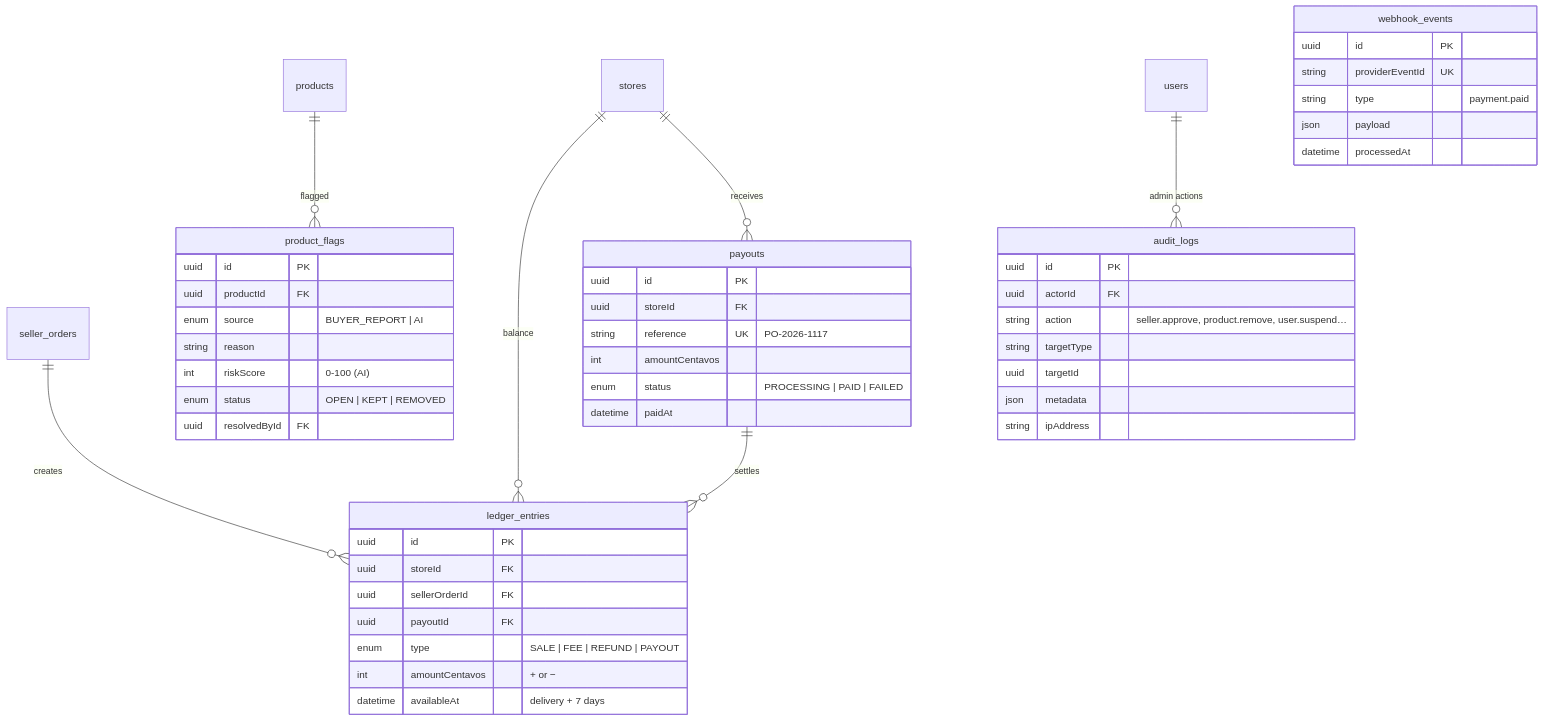
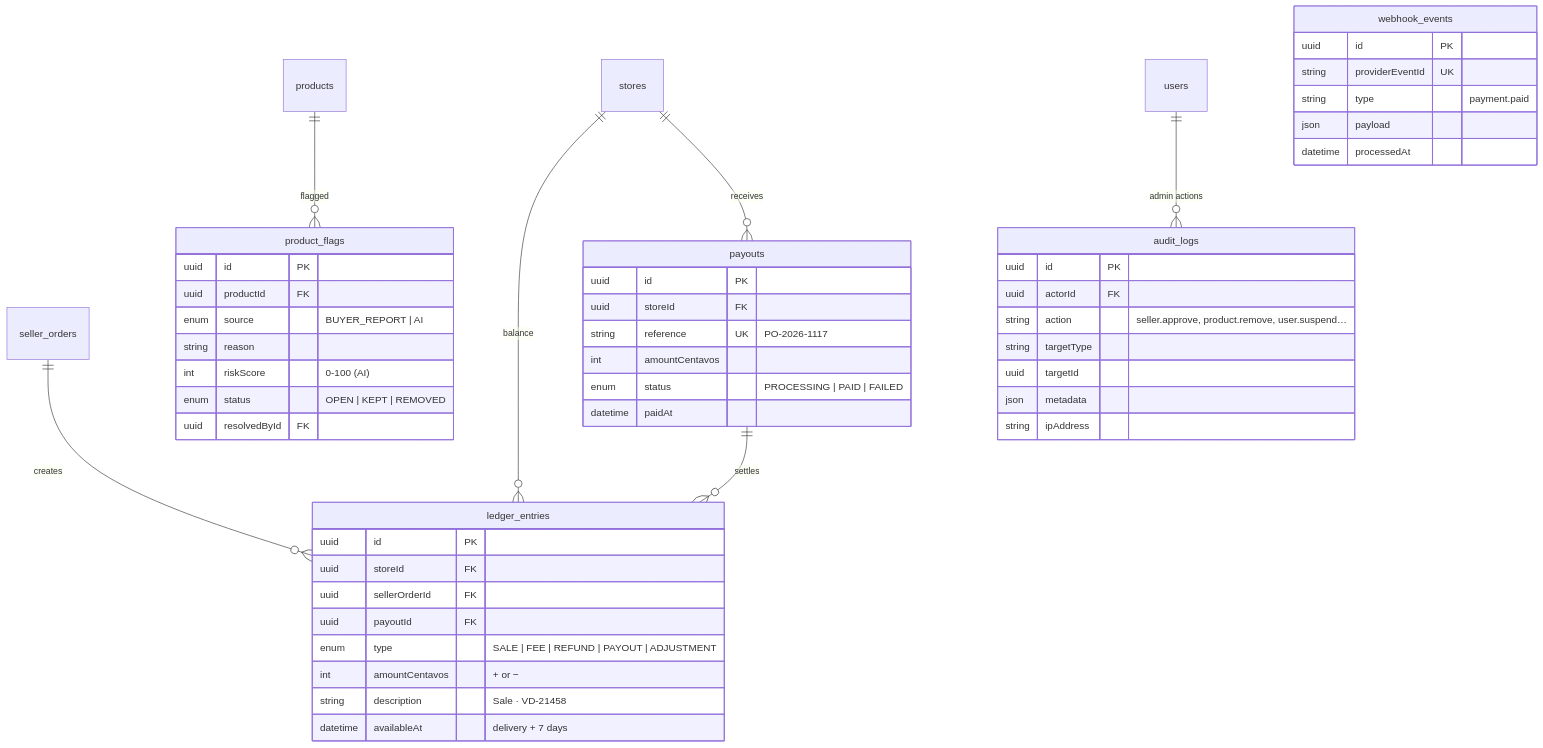
The fifth of 5 diagrams in backend/docs/database-design.md (Justin-25/E-commerce-FullStack-project), drawn with Mermaid before and after one commit. The commit also changed other lines of this file and 30 other files, not shown here.

````diff
--- a/backend/docs/database-design.md
+++ b/backend/docs/database-design.md
@@ -375,51 +379,52 @@
 ```mermaid
 erDiagram
   stores ||--o{ ledger_entries : "balance"
   seller_orders ||--o{ ledger_entries : "creates"
   stores ||--o{ payouts : "receives"
   payouts ||--o{ ledger_entries : "settles"
   products ||--o{ product_flags : "flagged"
   users ||--o{ audit_logs : "admin actions"
   ledger_entries {
     uuid id PK
     uuid storeId FK
     uuid sellerOrderId FK
     uuid payoutId FK
-    enum type "SALE | FEE | REFUND | PAYOUT"
+    enum type "SALE | FEE | REFUND | PAYOUT | ADJUSTMENT"
     int amountCentavos "+ or −"
+    string description "Sale · VD-21458"
     datetime availableAt "delivery + 7 days"
   }
   payouts {
     uuid id PK
     uuid storeId FK
     string reference UK "PO-2026-1117"
     int amountCentavos
     enum status "PROCESSING | PAID | FAILED"
     datetime paidAt
   }
   webhook_events {
     uuid id PK
     string providerEventId UK
     string type "payment.paid"
     json payload
     datetime processedAt
   }
   product_flags {
     uuid id PK
     uuid productId FK
     enum source "BUYER_REPORT | AI"
     string reason
     int riskScore "0-100 (AI)"
     enum status "OPEN | KEPT | REMOVED"
     uuid resolvedById FK
   }
   audit_logs {
     uuid id PK
     uuid actorId FK
     string action "seller.approve, product.remove, user.suspend…"
     string targetType
     uuid targetId
     json metadata
     string ipAddress
   }
 ```
````
